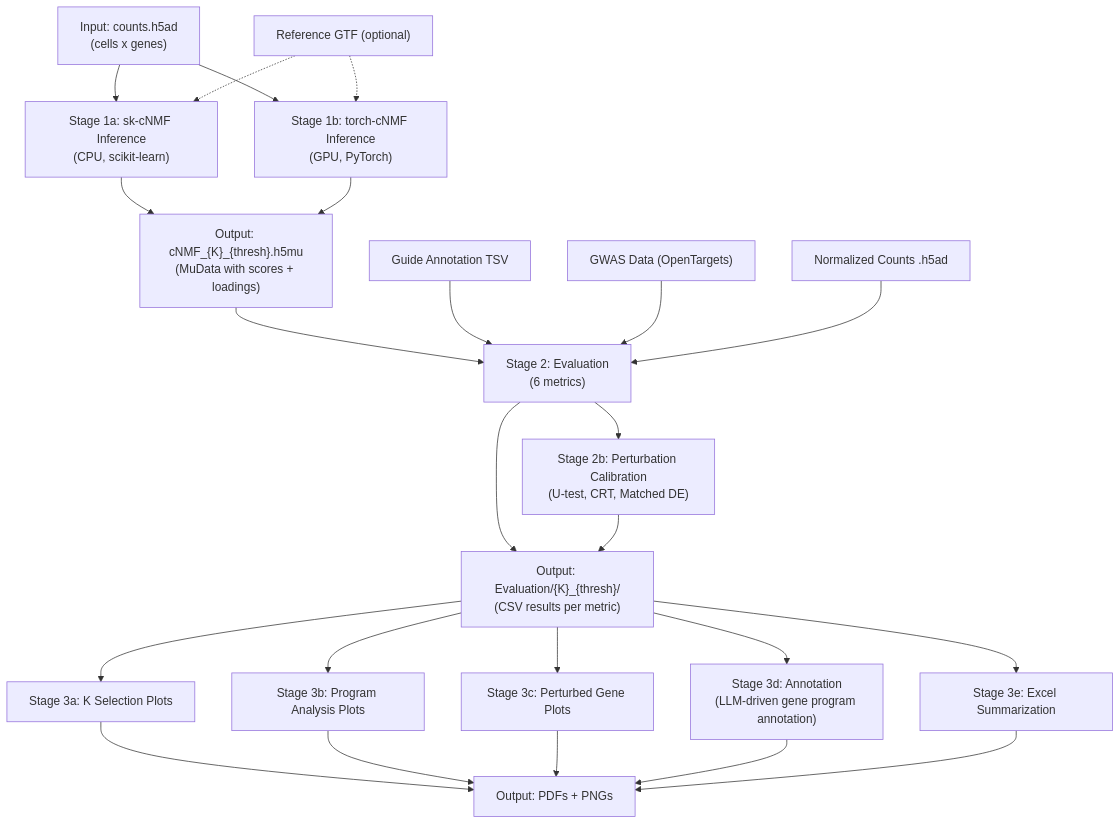
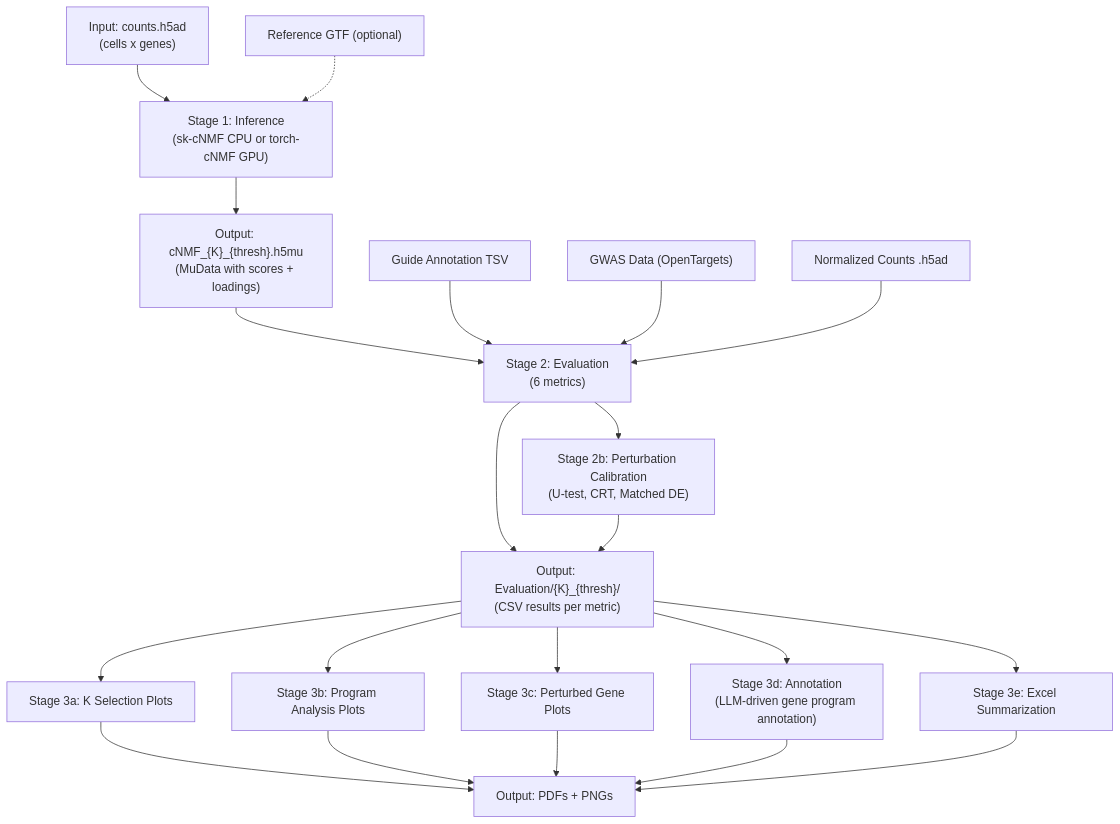
The diagram in CLAUDE.md (EngreitzLab/PerturbNMF), drawn with Mermaid before and after one commit. The commit also changed 2 other files, not shown here.

Commit message:
Merge Stage 1a/1b into single Inference stage with sk-cNMF/torch-cNMF as options

````diff
--- a/CLAUDE.md
+++ b/CLAUDE.md
@@ -9,26 +9,23 @@
 ```mermaid
 flowchart TD
-    A["Input: counts.h5ad\n(cells x genes)"] --> B["Stage 1a: sk-cNMF Inference\n(CPU, scikit-learn)"]
-    A --> C["Stage 1b: torch-cNMF Inference\n(GPU, PyTorch)"]
+    A["Input: counts.h5ad\n(cells x genes)"] --> B["Stage 1: Inference\n(sk-cNMF CPU or torch-cNMF GPU)"]
     B --> D["Output: cNMF_{K}_{thresh}.h5mu\n(MuData with scores + loadings)"]
-    C --> D
     D --> E["Stage 2: Evaluation\n(6 metrics)"]
     E --> F["Output: Evaluation/{K}_{thresh}/\n(CSV results per metric)"]
     E --> G["Stage 2b: Perturbation Calibration\n(U-test, CRT, Matched DE)"]
     G --> F
     F --> I["Stage 3a: K Selection Plots"]
     F --> J["Stage 3b: Program Analysis Plots"]
     F --> K["Stage 3c: Perturbed Gene Plots"]
     I --> L["Output: PDFs + PNGs"]
     J --> L
     K --> L
     F --> Q["Stage 3d: Annotation\n(LLM-driven gene program annotation)"]
     Q --> L
     F --> S["Stage 3e: Excel Summarization"]
     S --> L
     M["Guide Annotation TSV"] --> E
     N["GWAS Data (OpenTargets)"] --> E
     O["Normalized Counts .h5ad"] --> E
     P["Reference GTF (optional)"] -.-> B
-    P -.-> C
 ```
````
